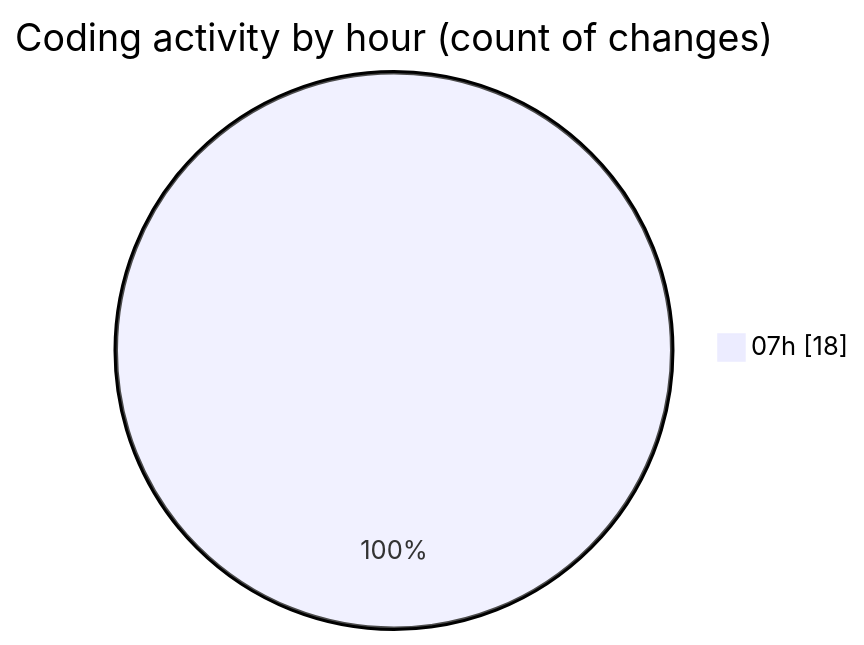
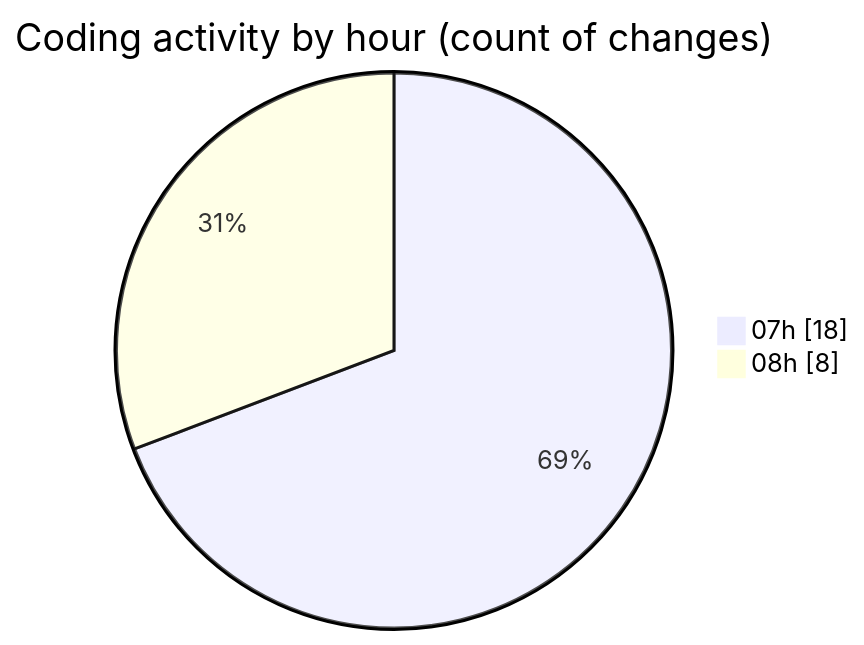
The second of 2 diagrams in 2026-08-21/cda/README.md (momahboobian/code-tracking), drawn with Mermaid before and after one commit. The commit also changed other lines of this file and 1 other file, not shown here.

````diff
--- a/2026-08-21/cda/README.md
+++ b/2026-08-21/cda/README.md
@@ -36,5 +41,6 @@
 ```mermaid
 pie showData
 title Coding activity by hour (count of changes)
 "07h" : 18
+"08h" : 8
 ```
````
